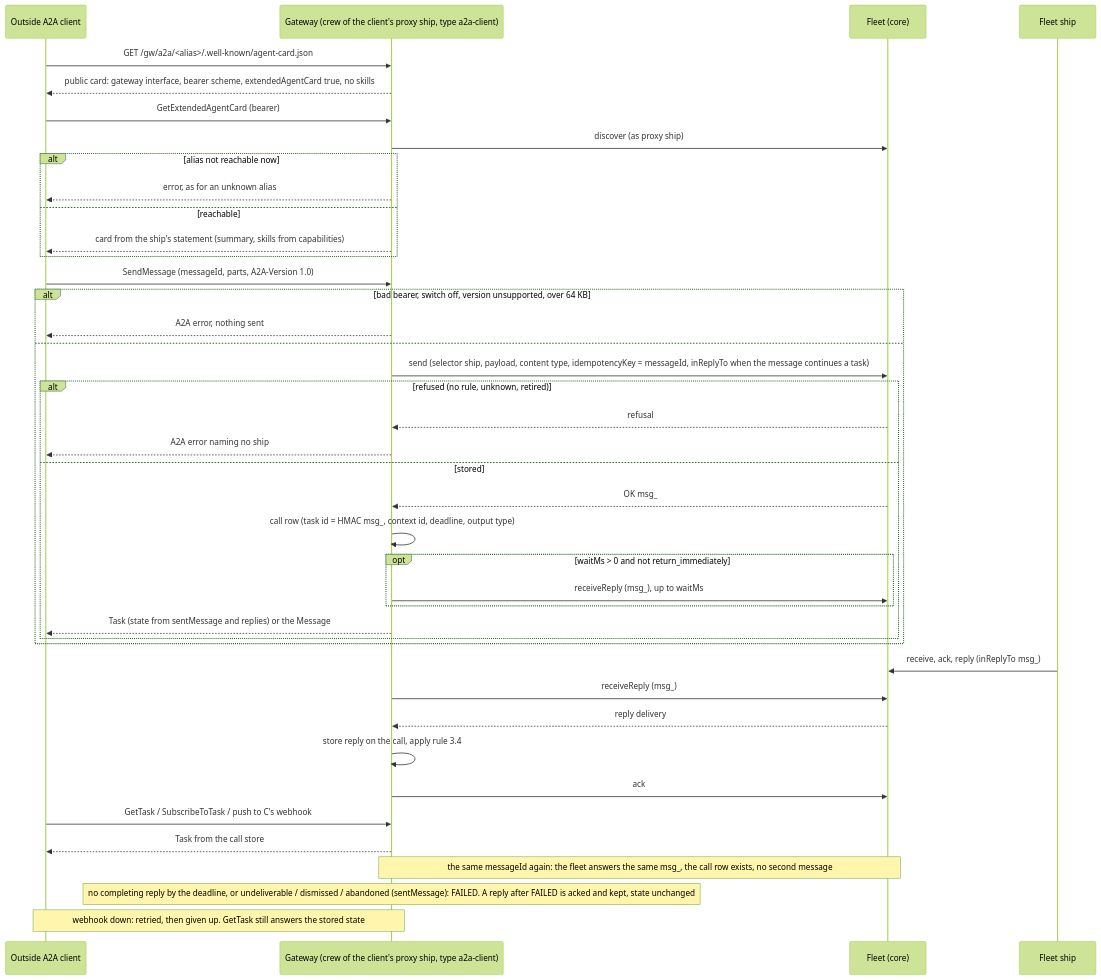
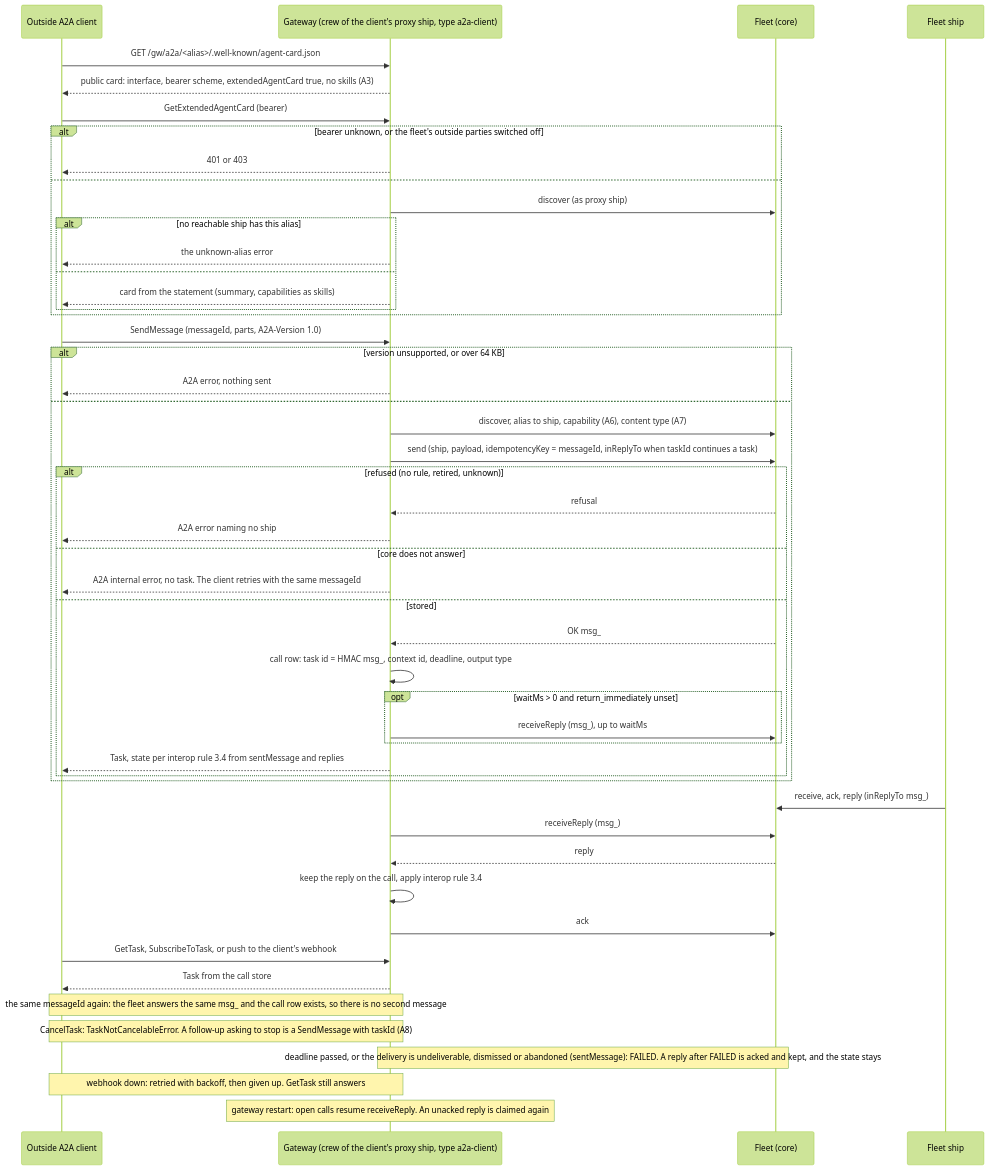
Before and after one commit to ThomasHendrickx/aeolus-fleet: the first of 2 diagrams in docs/design/a2a/README.md, drawn with Mermaid (forest theme). The commit also changed other lines of this file, not shown here.

````diff
--- a/docs/design/a2a/README.md
+++ b/docs/design/a2a/README.md
@@ -92,43 +128,52 @@
 ```mermaid
 sequenceDiagram
   participant C as Outside A2A client
   participant G as Gateway (crew of the client's proxy ship, type a2a-client)
   participant F as Fleet (core)
   participant S as Fleet ship
   C->>G: GET /gw/a2a/<alias>/.well-known/agent-card.json
-  G-->>C: public card: gateway interface, bearer scheme, extendedAgentCard true, no skills
+  G-->>C: public card: interface, bearer scheme, extendedAgentCard true, no skills (A3)
   C->>G: GetExtendedAgentCard (bearer)
-  G->>F: discover (as proxy ship)
-  alt alias not reachable now
-    G-->>C: error, as for an unknown alias
-  else reachable
-    G-->>C: card from the ship's statement (summary, skills from capabilities)
+  alt bearer unknown, or the fleet's outside parties switched off
+    G-->>C: 401 or 403
+  else
+    G->>F: discover (as proxy ship)
+    alt no reachable ship has this alias
+      G-->>C: the unknown-alias error
+    else
+      G-->>C: card from the statement (summary, capabilities as skills)
+    end
   end
   C->>G: SendMessage (messageId, parts, A2A-Version 1.0)
-  alt bad bearer, switch off, version unsupported, over 64 KB
+  alt version unsupported, or over 64 KB
     G-->>C: A2A error, nothing sent
   else
-    G->>F: send (selector ship, payload, content type, idempotencyKey = messageId, inReplyTo when the message continues a task)
-    alt refused (no rule, unknown, retired)
+    G->>F: discover, alias to ship, capability (A6), content type (A7)
+    G->>F: send (ship, payload, idempotencyKey = messageId, inReplyTo when taskId continues a task)
+    alt refused (no rule, retired, unknown)
       F-->>G: refusal
       G-->>C: A2A error naming no ship
+    else core does not answer
+      G-->>C: A2A internal error, no task. The client retries with the same messageId
     else stored
       F-->>G: OK msg_
-      G->>G: call row (task id = HMAC msg_, context id, deadline, output type)
-      opt waitMs > 0 and not return_immediately
+      G->>G: call row: task id = HMAC msg_, context id, deadline, output type
+      opt waitMs > 0 and return_immediately unset
         G->>F: receiveReply (msg_), up to waitMs
       end
-      G-->>C: Task (state from sentMessage and replies) or the Message
+      G-->>C: Task, state per interop rule 3.4 from sentMessage and replies
     end
   end
   S->>F: receive, ack, reply (inReplyTo msg_)
   G->>F: receiveReply (msg_)
-  F-->>G: reply delivery
-  G->>G: store reply on the call, apply rule 3.4
+  F-->>G: reply
+  G->>G: keep the reply on the call, apply interop rule 3.4
   G->>F: ack
-  C->>G: GetTask / SubscribeToTask / push to C's webhook
+  C->>G: GetTask, SubscribeToTask, or push to the client's webhook
   G-->>C: Task from the call store
-  Note over G,F: the same messageId again: the fleet answers the same msg_, the call row exists, no second message
-  Note over G: no completing reply by the deadline, or undeliverable / dismissed / abandoned (sentMessage): FAILED. A reply after FAILED is acked and kept, state unchanged
-  Note over G,C: webhook down: retried, then given up. GetTask still answers the stored state
+  Note over C,G: the same messageId again: the fleet answers the same msg_ and the call row exists, so there is no second message
+  Note over C,G: CancelTask: TaskNotCancelableError. A follow-up asking to stop is a SendMessage with taskId (A8)
+  Note over G,F: deadline passed, or the delivery is undeliverable, dismissed or abandoned (sentMessage): FAILED. A reply after FAILED is acked and kept, and the state stays
+  Note over G,C: webhook down: retried with backoff, then given up. GetTask still answers
+  Note over G: gateway restart: open calls resume receiveReply. An unacked reply is claimed again
 ```
````
